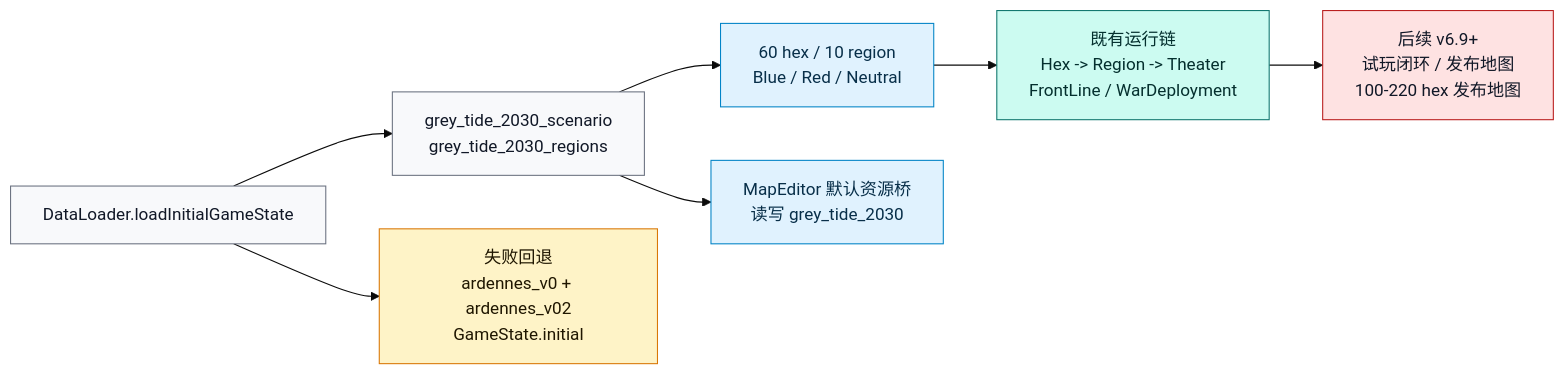
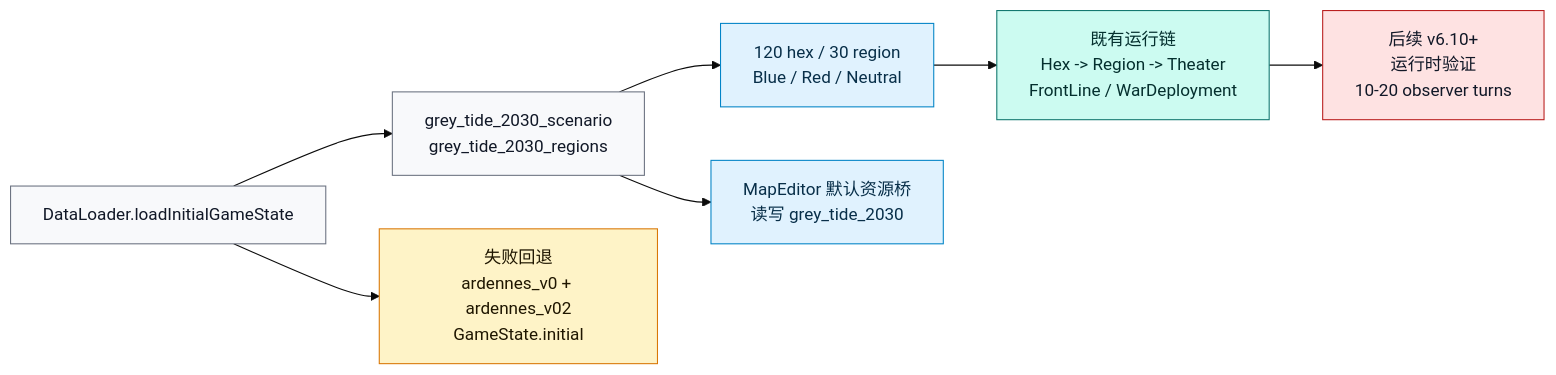
The fourth of 20 diagrams in md/flow/flowchart.md (Altman-sam114/127), drawn with Mermaid (base theme) before and after one commit. The commit also changed 10 other files, not shown here.

````diff
--- a/md/flow/flowchart.md
+++ b/md/flow/flowchart.md
@@ -115,21 +115,21 @@
 ```mermaid
 flowchart LR
     ENTRY["DataLoader.loadInitialGameState"]:::data
     GREY["grey_tide_2030_scenario<br/>grey_tide_2030_regions"]:::data
-    MAP["60 hex / 10 region<br/>Blue / Red / Neutral"]:::state
+    MAP["120 hex / 30 region<br/>Blue / Red / Neutral"]:::state
     EDITOR["MapEditor 默认资源桥<br/>读写 grey_tide_2030"]:::state
     PIPE["既有运行链<br/>Hex -> Region -> Theater<br/>FrontLine / WarDeployment"]:::rules
     FALLBACK["失败回退<br/>ardennes_v0 + ardennes_v02<br/>GameState.initial"]:::legacy
-    TODO["后续 v6.9+<br/>试玩闭环 / 发布地图<br/>100-220 hex 发布地图"]:::risk
+    TODO["后续 v6.10+<br/>运行时验证<br/>10-20 observer turns"]:::risk
 
     ENTRY --> GREY --> MAP --> PIPE
     GREY --> EDITOR
     ENTRY --> FALLBACK
     PIPE --> TODO
 
     classDef data fill:#f8f9fb,stroke:#6b7280,color:#111827
     classDef state fill:#e0f2fe,stroke:#0284c7,color:#082f49
     classDef rules fill:#ccfbf1,stroke:#0f766e,color:#042f2e
     classDef legacy fill:#fef3c7,stroke:#d97706,color:#1f1600
     classDef risk fill:#fee2e2,stroke:#b91c1c,color:#111827
 ```
````
